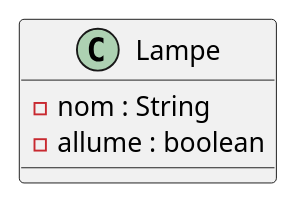
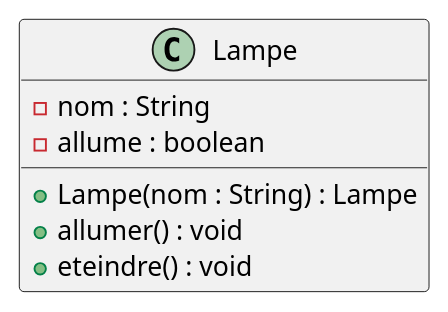
Before and after one commit to Zhi-Sheng-Trieu/2022_coo_domotique_Noel_Trieu: the diagram in schema.puml, drawn with PlantUML. The commit also changed 2 other files, not shown here.

Commit message:
modification du schema et classes

```diff
--- a/schema.puml
+++ b/schema.puml
@@ -1,9 +1,11 @@
 @startuml
 
 class Lampe{
     -nom : String
     -allume : boolean
-
+    +Lampe(nom : String) : Lampe
+    +allumer() : void
+    +eteindre() : void
 }
 
 @enduml
```
